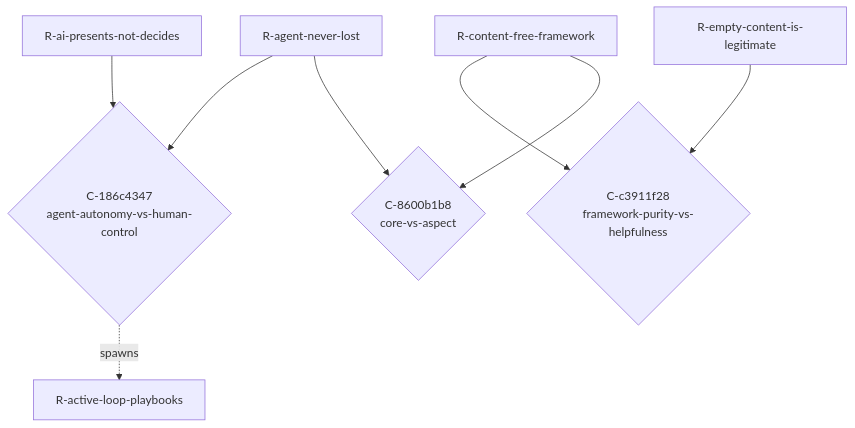
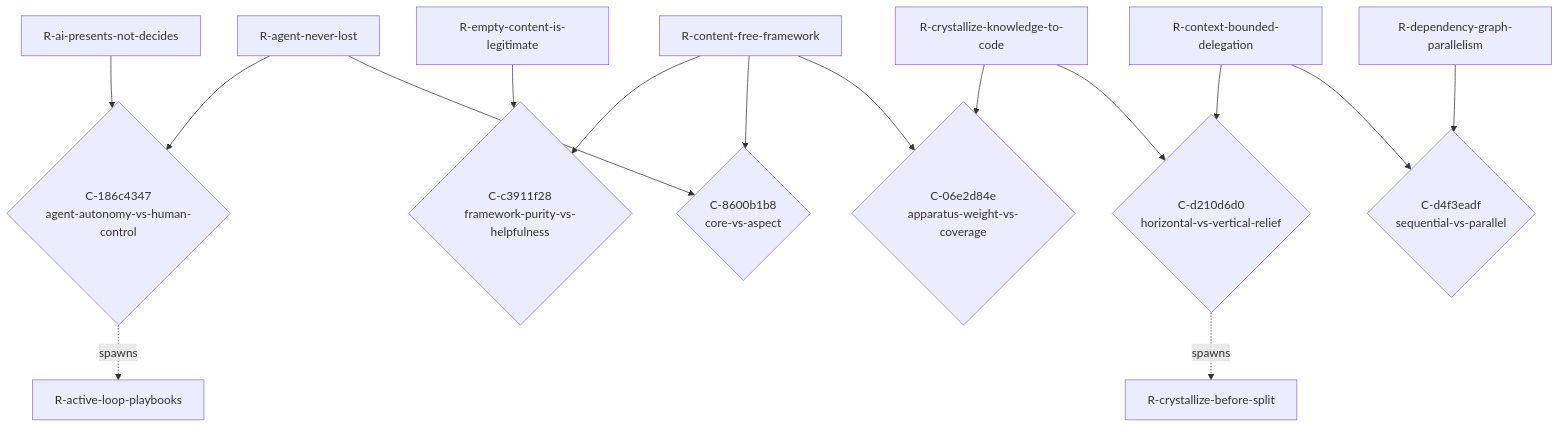
Before and after one commit to PHPCraftdream/HotamSpec: the diagram in docs/gen/TENSIONS.md, drawn with Mermaid. The commit also changed other lines of this file and 13 other files, not shown here.

First line of the commit message:
feat(content): crystallize operator/super-rule designs + Batch A anchor

````diff
--- a/docs/gen/TENSIONS.md
+++ b/docs/gen/TENSIONS.md
@@ -46,18 +78,32 @@
 ```mermaid
 graph TD
     R_agent_never_lost["R-agent-never-lost"]
     R_ai_presents_not_decides["R-ai-presents-not-decides"]
     R_active_loop_playbooks["R-active-loop-playbooks"]
     R_content_free_framework["R-content-free-framework"]
     R_empty_content_is_legitimate["R-empty-content-is-legitimate"]
+    R_crystallize_knowledge_to_code["R-crystallize-knowledge-to-code"]
+    R_context_bounded_delegation["R-context-bounded-delegation"]
+    R_crystallize_before_split["R-crystallize-before-split"]
+    R_dependency_graph_parallelism["R-dependency-graph-parallelism"]
     C_186c4347{"C-186c4347\nagent-autonomy-vs-human-control"}
     R_agent_never_lost --> C_186c4347
     R_ai_presents_not_decides --> C_186c4347
     C_186c4347 -.spawns.-> R_active_loop_playbooks
     C_c3911f28{"C-c3911f28\nframework-purity-vs-helpfulness"}
     R_content_free_framework --> C_c3911f28
     R_empty_content_is_legitimate --> C_c3911f28
     C_8600b1b8{"C-8600b1b8\ncore-vs-aspect"}
     R_content_free_framework --> C_8600b1b8
     R_agent_never_lost --> C_8600b1b8
+    C_06e2d84e{"C-06e2d84e\napparatus-weight-vs-coverage"}
+    R_crystallize_knowledge_to_code --> C_06e2d84e
+    R_content_free_framework --> C_06e2d84e
+    C_d210d6d0{"C-d210d6d0\nhorizontal-vs-vertical-relief"}
+    R_context_bounded_delegation --> C_d210d6d0
+    R_crystallize_knowledge_to_code --> C_d210d6d0
+    C_d210d6d0 -.spawns.-> R_crystallize_before_split
+    C_d4f3eadf{"C-d4f3eadf\nsequential-vs-parallel"}
+    R_context_bounded_delegation --> C_d4f3eadf
+    R_dependency_graph_parallelism --> C_d4f3eadf
 ```
````
